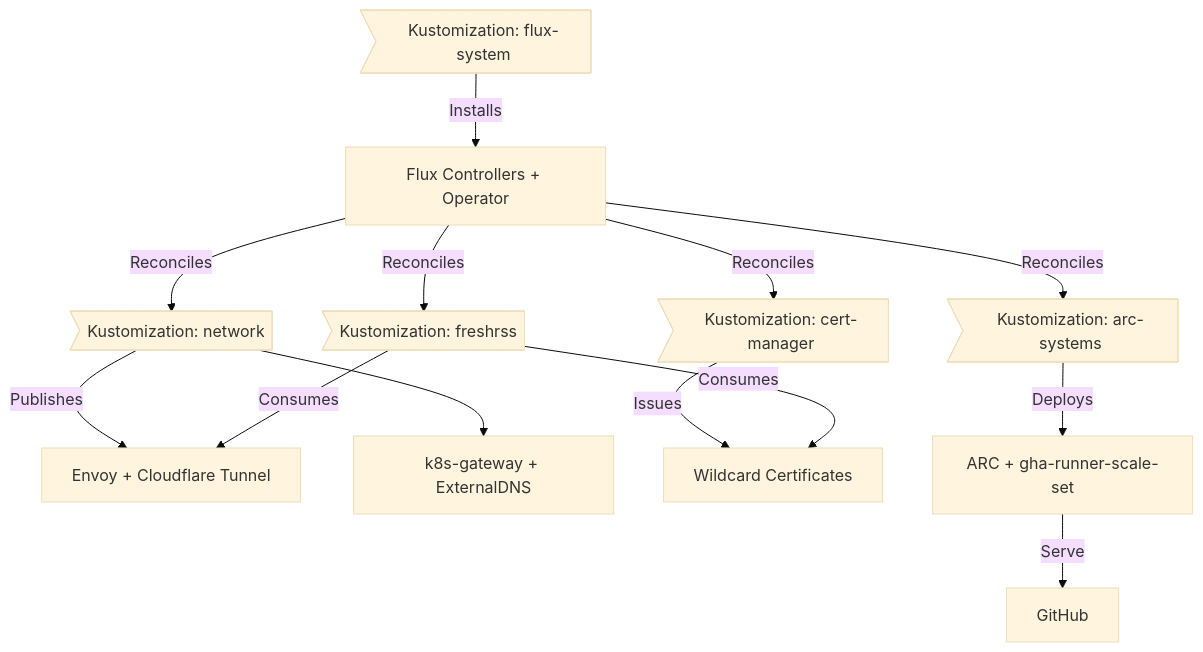
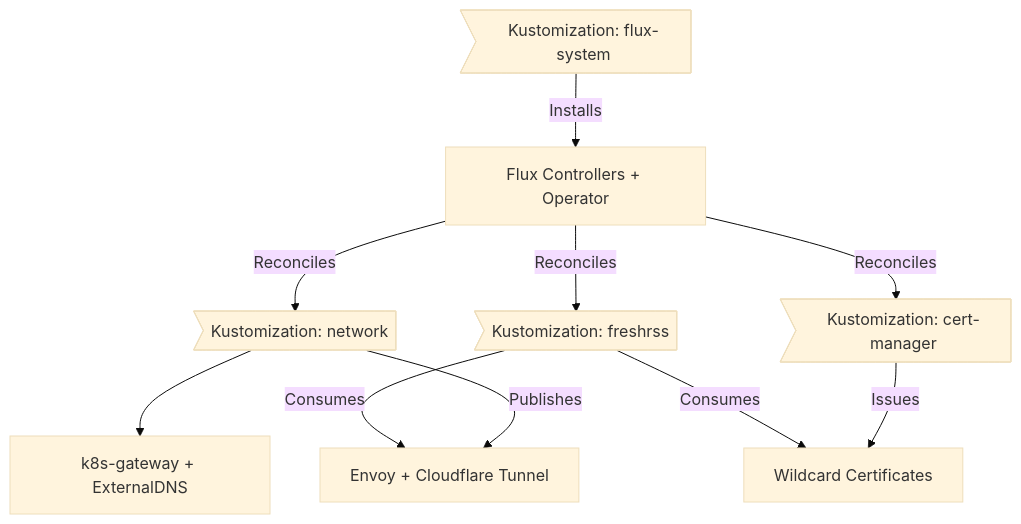
One commit to webgrip/homelab-cluster changed the first of 3 diagrams in README.md. Above: the diagram before and after it, drawn with Mermaid (base theme). The commit also changed other lines of this file and 56 other files, not shown here.

First line of the commit message:
feat(ci): retire actions-runner-controller and both GitHub runner scale sets

````diff
--- a/README.md
+++ b/README.md
@@ -93,15 +91,12 @@
 ```mermaid
 graph TD
   FS>Kustomization: flux-system] --> |Installs| Flux[Flux Controllers + Operator]
   Net>Kustomization: network] --> |Publishes| Gateways[Envoy + Cloudflare Tunnel]
   Net --> DNS[k8s-gateway + ExternalDNS]
   Certs>Kustomization: cert-manager] --> |Issues| TLS[Wildcard Certificates]
-  Arc>Kustomization: arc-systems] --> |Deploys| Runners[ARC + gha-runner-scale-set]
   Apps>Kustomization: freshrss] --> |Consumes| Gateways
   Apps --> |Consumes| TLS
-  Runners --> |Serve| GitHub
   Flux --> |Reconciles| Net
   Flux --> |Reconciles| Certs
-  Flux --> |Reconciles| Arc
   Flux --> |Reconciles| Apps
 ```
````
